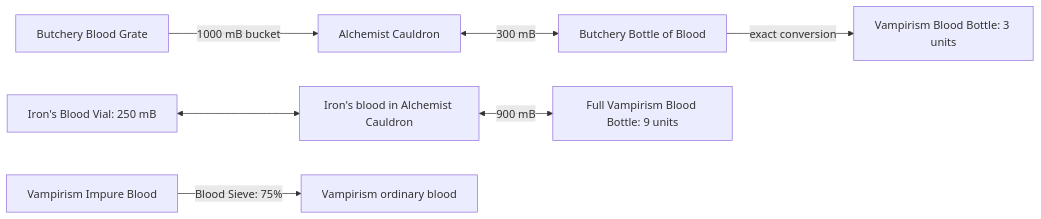
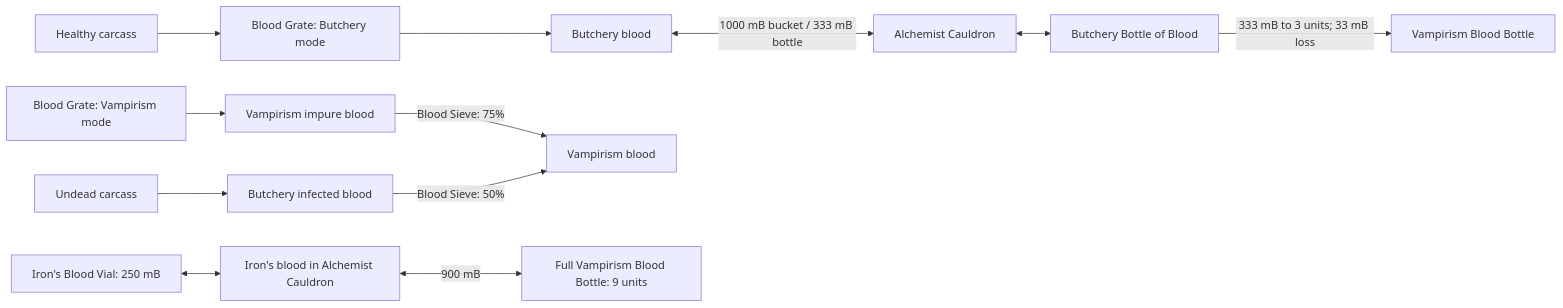
Before and after one commit to usersina/mc-fantasy-packwiz: the fourth of 5 diagrams in README.md, drawn with Mermaid. The commit also changed other lines of this file and 13 other files, not shown here.

Commit message:
feat: update Butchery Blood Grate Fix to v1.1.0 and add infected blood cauldron support

````diff
--- a/README.md
+++ b/README.md
@@ -308,9 +310,14 @@
 ```mermaid
 flowchart LR
-  grate["Butchery Blood Grate"] -->|"1000 mB bucket"| cauldron["Alchemist Cauldron"]
-  cauldron <-->|"300 mB"| butcherBottle["Butchery Bottle of Blood"]
-  butcherBottle -->|"exact conversion"| vamp3["Vampirism Blood Bottle: 3 units"]
+  healthy["Healthy carcass"] --> butcherGrate["Blood Grate: Butchery mode"]
+  butcherGrate --> butcherBlood["Butchery blood"]
+  butcherBlood <-->|"1000 mB bucket / 333 mB bottle"| cauldron["Alchemist Cauldron"]
+  cauldron <--> butcherBottle["Butchery Bottle of Blood"]
+  butcherBottle -->|"333 mB to 3 units; 33 mB loss"| vamp3["Vampirism Blood Bottle"]
+  vampMode["Blood Grate: Vampirism mode"] --> impure["Vampirism impure blood"]
+  impure -->|"Blood Sieve: 75%"| vampBlood["Vampirism blood"]
+  undead["Undead carcass"] --> infected["Butchery infected blood"]
+  infected -->|"Blood Sieve: 50%"| vampBlood
   ironVial["Iron's Blood Vial: 250 mB"] <--> ironFluid["Iron's blood in Alchemist Cauldron"]
   ironFluid <-->|"900 mB"| vamp9["Full Vampirism Blood Bottle: 9 units"]
-  impure["Vampirism Impure Blood"] -->|"Blood Sieve: 75%"| pureFluid["Vampirism ordinary blood"]
 ```
````
